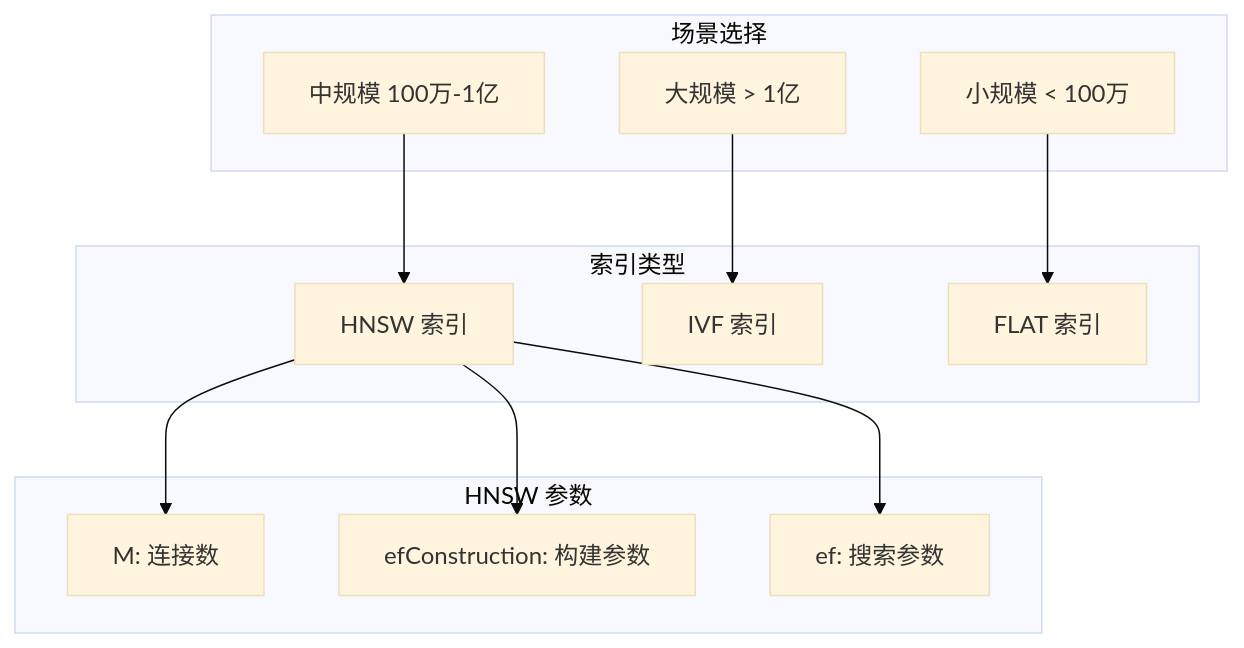
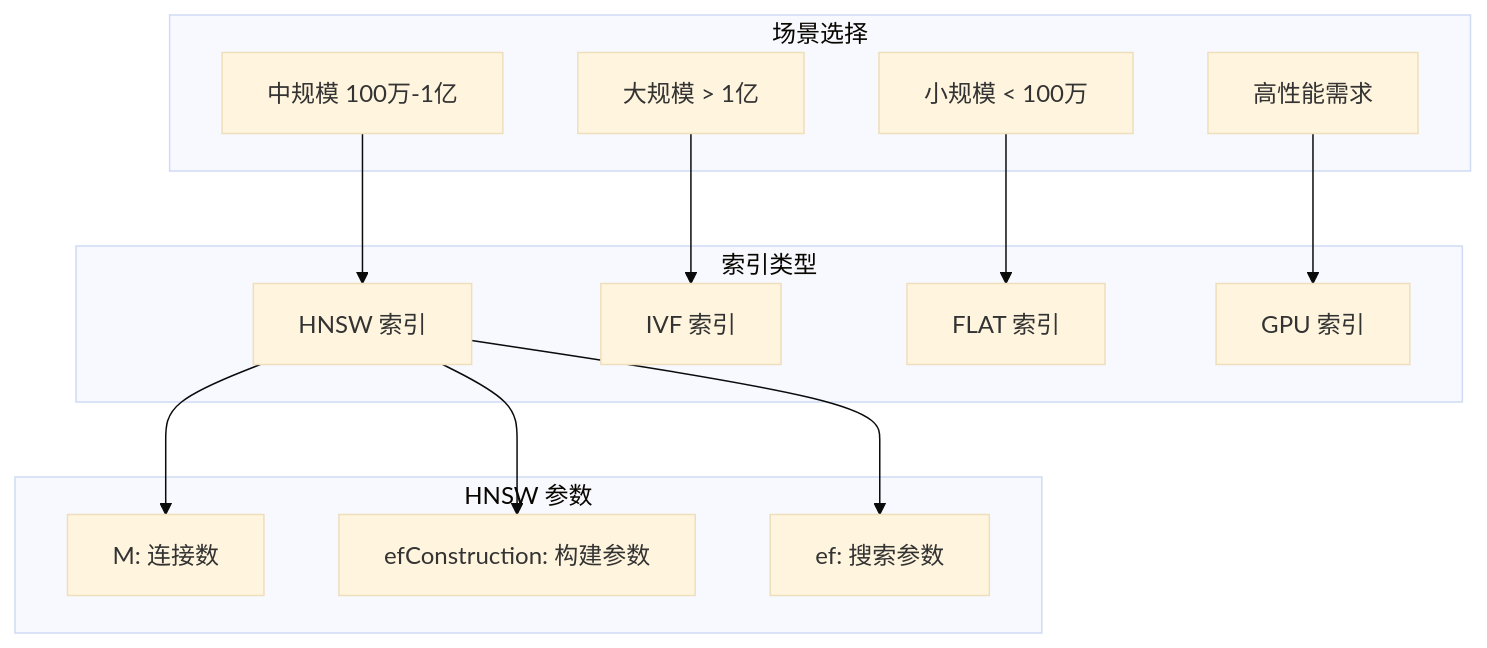
Before and after one commit to hanwei808/ai-product-production-guide: diagram 20 of 37 in 开发计划/服务设计/04-rag-service-design.md, drawn with Mermaid (base theme). The commit also changed other lines of this file and 6 other files, not shown here.

````diff
--- a/开发计划/服务设计/04-rag-service-design.md
+++ b/开发计划/服务设计/04-rag-service-design.md
@@ -462,28 +668,31 @@
 ```mermaid
 graph TD
     subgraph 索引类型
         HNSW[HNSW 索引]
         IVF[IVF 索引]
         FLAT[FLAT 索引]
+        GPU[GPU 索引]
     end
 
     subgraph HNSW 参数
         M[M: 连接数]
         EfConstruction[efConstruction: 构建参数]
         EfSearch[ef: 搜索参数]
     end
 
     subgraph 场景选择
         SmallScale[小规模 < 100万]
         MediumScale[中规模 100万-1亿]
         LargeScale[大规模 > 1亿]
+        HighPerf[高性能需求]
     end
 
     SmallScale --> FLAT
     MediumScale --> HNSW
     LargeScale --> IVF
+    HighPerf --> GPU
 
     HNSW --> M
     HNSW --> EfConstruction
     HNSW --> EfSearch
 ```
````
